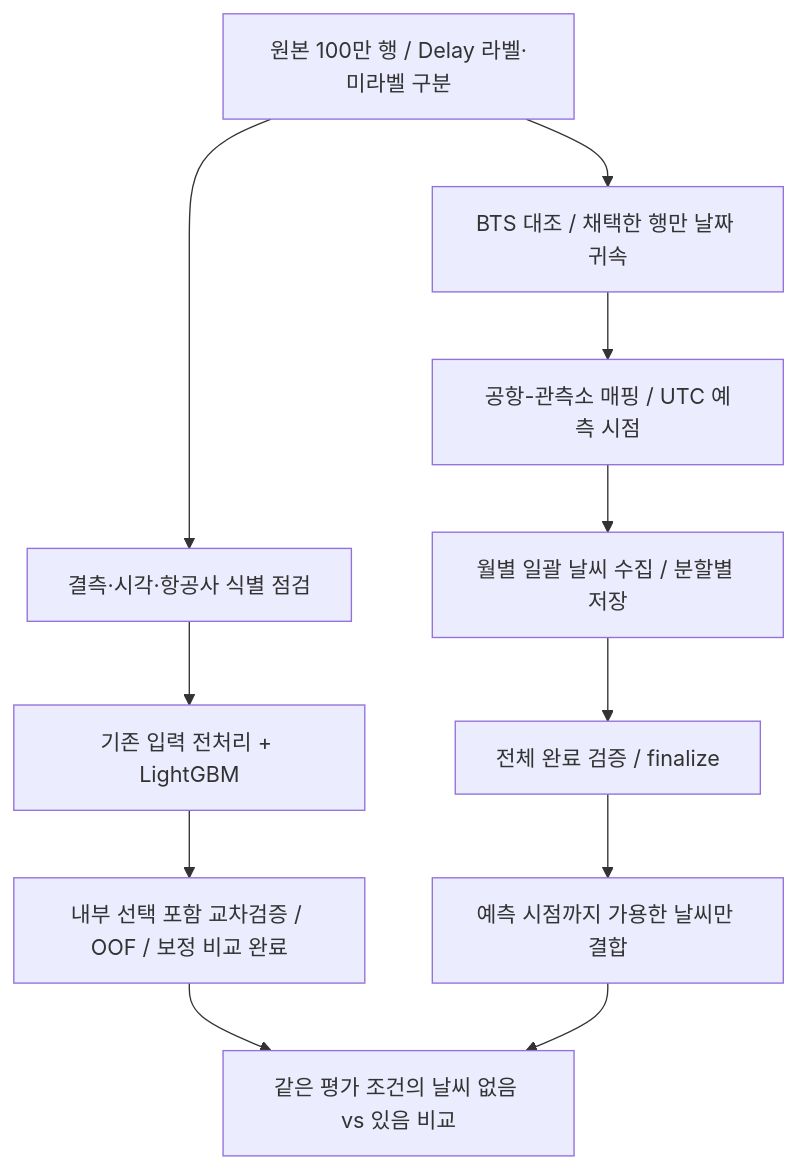
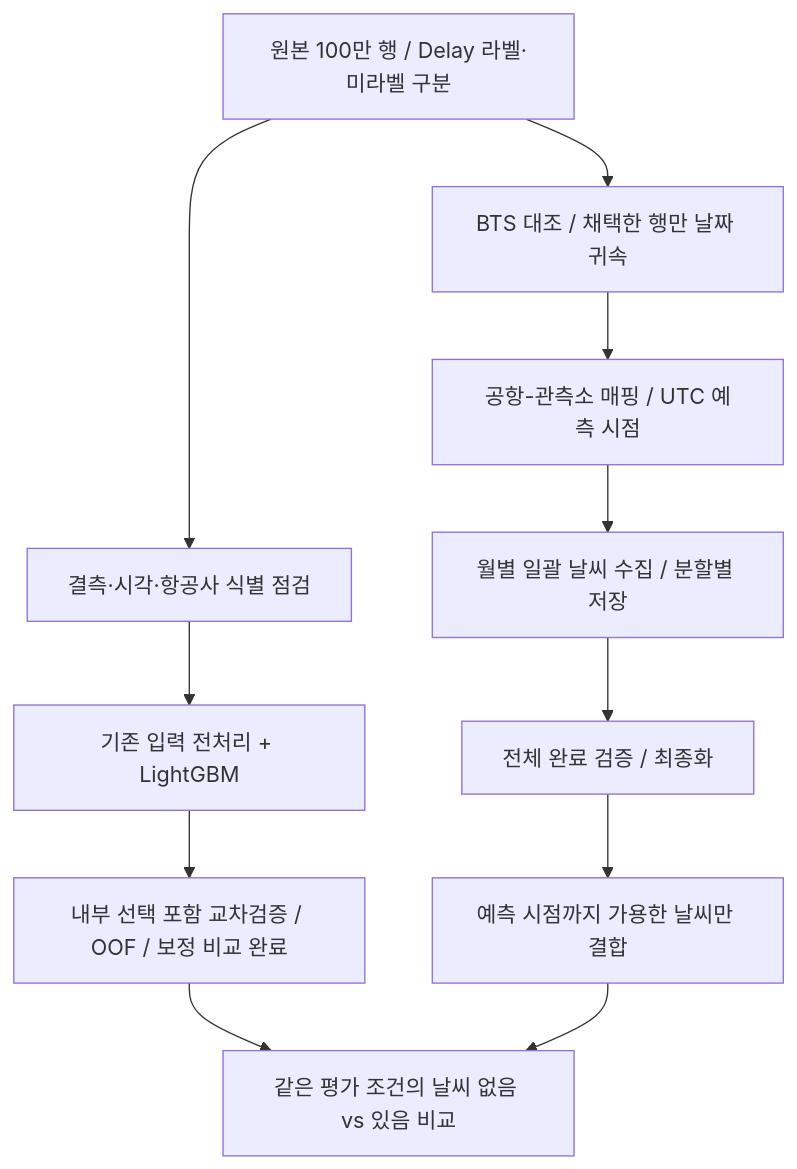
Before and after one commit to Peter-jackson12/Airplane: the first of 3 diagrams in README.md, drawn with Mermaid. The commit also changed other lines of this file, not shown here.

````diff
--- a/README.md
+++ b/README.md
@@ -114,13 +114,13 @@
 ```mermaid
 flowchart TD
     A["원본 100만 행 / Delay 라벨·미라벨 구분"] --> B["결측·시각·항공사 식별 점검"]
     B --> C["기존 입력 전처리 + LightGBM"]
     C --> D["내부 선택 포함 교차검증 / OOF / 보정 비교 완료"]
     A --> E["BTS 대조 / 채택한 행만 날짜 귀속"]
     E --> F["공항-관측소 매핑 / UTC 예측 시점"]
     F --> G["월별 일괄 날씨 수집 / 분할별 저장"]
-    G --> H["전체 완료 검증 / finalize"]
+    G --> H["전체 완료 검증 / 최종화"]
     H --> I["예측 시점까지 가용한 날씨만 결합"]
     D --> J["같은 평가 조건의 날씨 없음 vs 있음 비교"]
     I --> J
 ```
````
